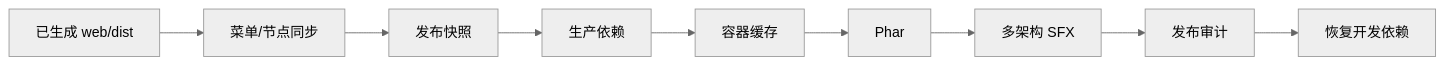
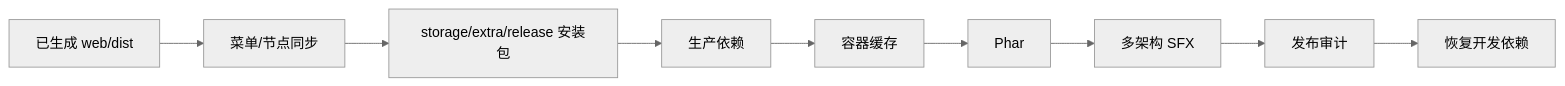
One commit to zoujingli/SmartAdmin changed the second of 2 diagrams in docs/系统功能/租户与发布构建.md. Above: the diagram before and after it, drawn with Mermaid (neutral theme). The commit also changed other lines of this file and 329 other files, not shown here.

````diff
--- a/docs/系统功能/租户与发布构建.md
+++ b/docs/系统功能/租户与发布构建.md
@@ -99,11 +100,11 @@
 ```mermaid
 flowchart LR
   Web["已生成 web/dist"] --> Sync["菜单/节点同步"]
-  Sync --> Snapshot["发布快照"]
+  Sync --> Snapshot["storage/extra/release 安装包"]
   Snapshot --> Prod["生产依赖"]
   Prod --> Precompile["容器缓存"]
   Precompile --> Phar["Phar"]
   Phar --> Sfx["多架构 SFX"]
   Sfx --> Audit["发布审计"]
   Audit --> Restore["恢复开发依赖"]
 ```
````
